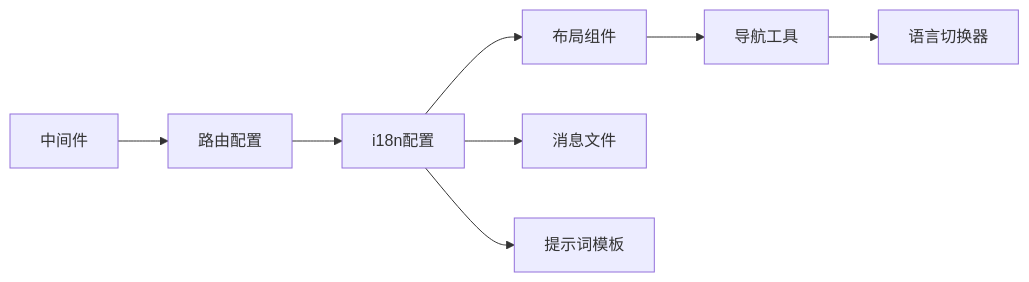
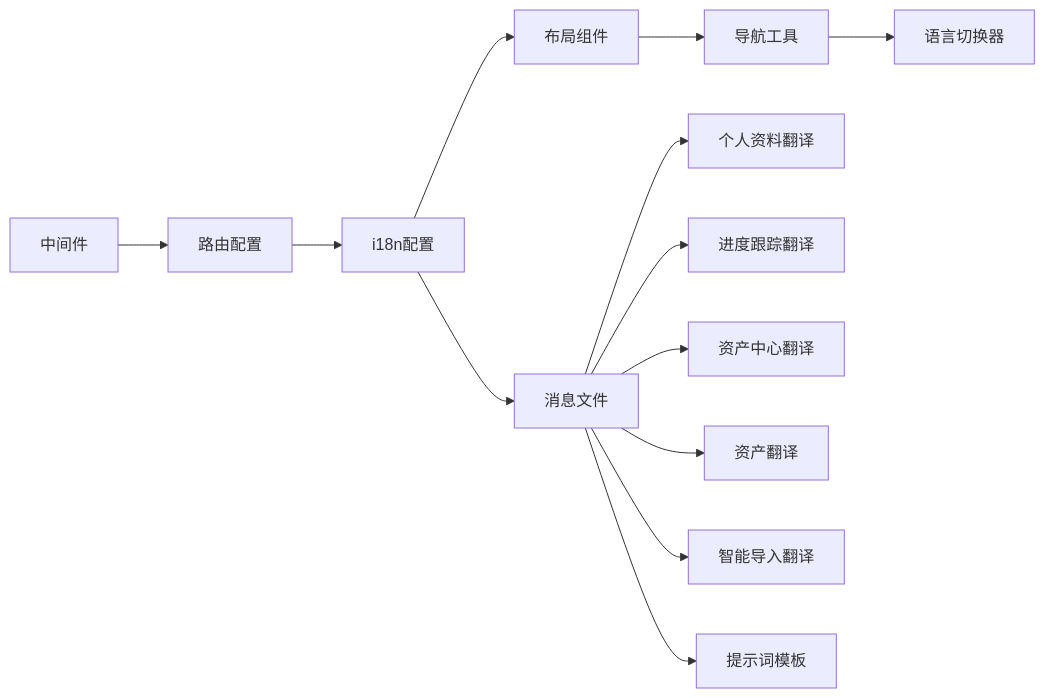
One commit to lyl2021/waoowaoo changed the fourth of 4 diagrams in .qoder/repowiki/zh/content/前端组件架构/国际化实现.md. Above: the diagram before and after it, drawn with Mermaid. The commit also changed other lines of this file and 25 other files, not shown here.

First line of the commit message:
fix: 图片生成最高质量 4K 支持与 LLM 视觉调用网络修复

````diff
--- a/.qoder/repowiki/zh/content/前端组件架构/国际化实现.md
+++ b/.qoder/repowiki/zh/content/前端组件架构/国际化实现.md
@@ -186,10 +445,15 @@
 ```mermaid
 graph LR
 MW["中间件"] --> RT["路由配置"]
 RT --> CFG["i18n配置"]
 CFG --> L["布局组件"]
 L --> NAV["导航工具"]
 NAV --> LS["语言切换器"]
 CFG --> MSG["消息文件"]
-CFG --> PROMPT["提示词模板"]
+MSG --> PROFILE["个人资料翻译"]
+MSG --> PROGRESS["进度跟踪翻译"]
+MSG --> ASSET_HUB["资产中心翻译"]
+MSG --> ASSETS["资产翻译"]
+MSG --> SMART_IMPORT["智能导入翻译"]
+MSG --> PROMPT["提示词模板"]
 ```
````
